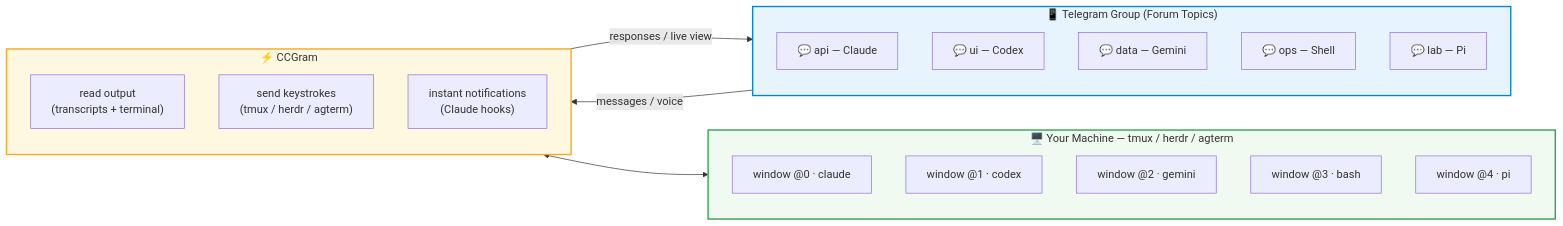
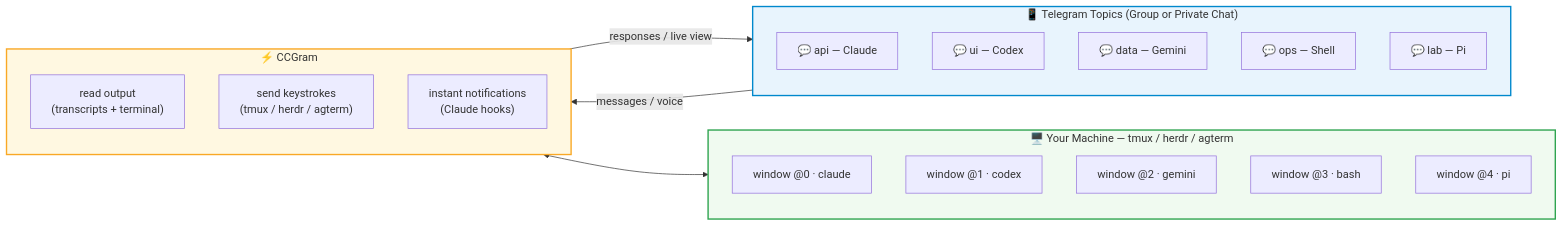
Before and after one commit to alexei-led/ccgram: the diagram in README.md, drawn with Mermaid. The commit also changed other lines of this file and 32 other files, not shown here.

First line of the commit message:
feat: harden topic routing and support private topics

````diff
--- a/README.md
+++ b/README.md
@@ -23,35 +23,35 @@
 ```mermaid
 graph LR
-  subgraph phone["📱 Telegram Group (Forum Topics)"]
+  subgraph phone["📱 Telegram Topics (Group or Private Chat)"]
     direction TB
     T1["💬 api — Claude"]
     T2["💬 ui — Codex"]
     T3["💬 data — Gemini"]
     T4["💬 ops — Shell"]
     T5["💬 lab — Pi"]
   end
 
   subgraph bridge["⚡ CCGram"]
     direction TB
     B1["read output\n(transcripts + terminal)"]
     B2["send keystrokes\n(tmux / herdr / agterm)"]
     B3["instant notifications\n(Claude hooks)"]
   end
 
   subgraph machine["🖥️ Your Machine — tmux / herdr / agterm"]
     direction TB
     W1["window @0 · claude"]
     W2["window @1 · codex"]
     W3["window @2 · gemini"]
     W4["window @3 · bash"]
     W5["window @4 · pi"]
   end
 
   phone -- "messages / voice" --> bridge
   bridge -- "responses / live view" --> phone
   bridge <--> machine
 
   style phone fill:#e8f4fd,stroke:#0088cc,stroke-width:2px,color:#333
   style bridge fill:#fff8e1,stroke:#f9a825,stroke-width:2px,color:#333
   style machine fill:#f0faf0,stroke:#2ea44f,stroke-width:2px,color:#333
 ```
````
